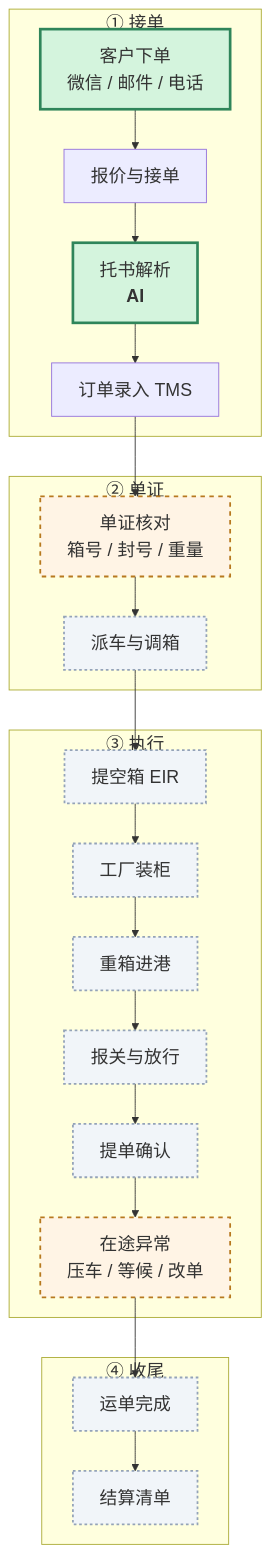
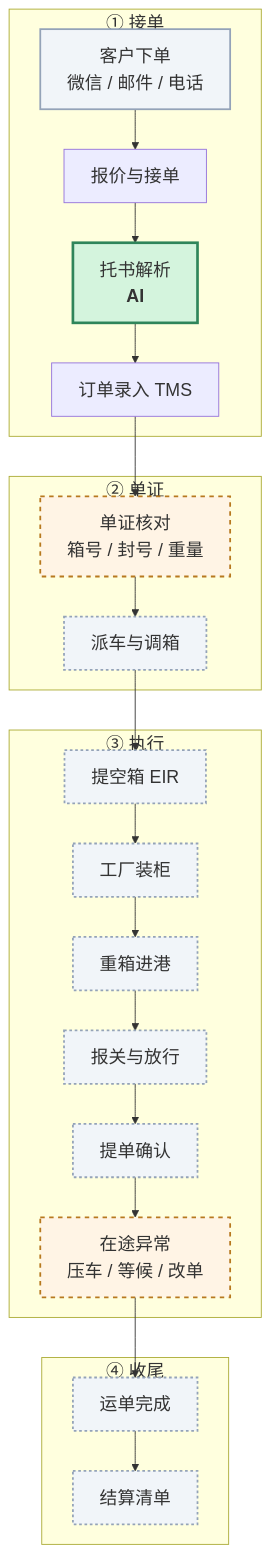
The first of 4 diagrams in 会客包/10_业务与财务流程图.md (roma007/Enterprise-AI), drawn with Mermaid before and after one commit. The commit also changed 12 other files, not shown here.

````diff
--- a/会客包/10_业务与财务流程图.md
+++ b/会客包/10_业务与财务流程图.md
@@ -13,46 +13,48 @@
 ```mermaid
 %%{init: {"themeVariables": {"fontSize": "20px", "fontFamily": "-apple-system, \"PingFang SC\", sans-serif"}, "flowchart": {"useMaxWidth": false, "nodeSpacing": 50, "rankSpacing": 45, "wrappingWidth": 340, "htmlLabels": true}}}%%
 flowchart TB
   subgraph J["① 接单"]
     A1["客户下单<br/>微信 / 邮件 / 电话"]
     A2["报价与接单"]
     A3["托书解析<br/><b>AI</b>"]
     A4["订单录入 TMS"]
     A1 --> A2 --> A3 --> A4
   end
 
   subgraph D["② 单证"]
     B1["单证核对<br/>箱号 / 封号 / 重量"]
     B2["派车与调箱"]
     B1 --> B2
   end
 
   subgraph Z["③ 执行"]
     C1["提空箱 EIR"]
     C2["工厂装柜"]
     C3["重箱进港"]
     C4["报关与放行"]
     C5["提单确认"]
     C6["在途异常<br/>压车 / 等候 / 改单"]
     C1 --> C2 --> C3 --> C4 --> C5 --> C6
   end
 
   subgraph S["④ 收尾"]
     D1["运单完成"]
     D2["结算清单"]
     D1 --> D2
   end
 
   A4 --> B1
   B2 --> C1
   C6 --> D1
 
   classDef done fill:#d4f4dd,stroke:#2f855a,stroke-width:3px
   classDef partial fill:#fff4e5,stroke:#b7791f,stroke-width:2px,stroke-dasharray:5 5
   classDef blocked fill:#fde8e8,stroke:#c53030,stroke-width:2px
+  classDef src fill:#f1f5f9,stroke:#94a3b8,stroke-width:2px
   classDef out fill:#f1f5f9,stroke:#94a3b8,stroke-width:2px,stroke-dasharray:3 3
 
-  class A1,A3 done
+  class A1 src
+  class A3 done
   class B1,C6 partial
   class B2,C1,C2,C3,C4,C5,D1,D2 out
 ```
````
